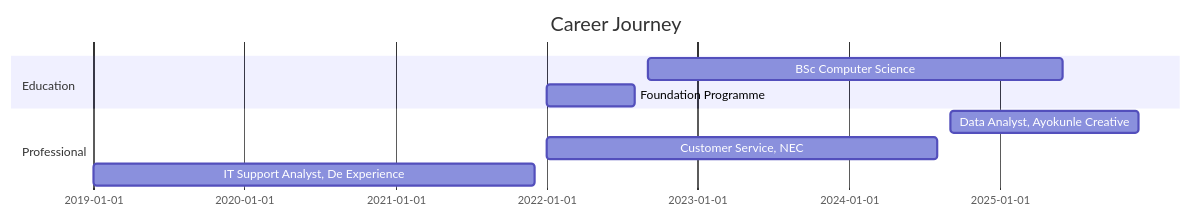
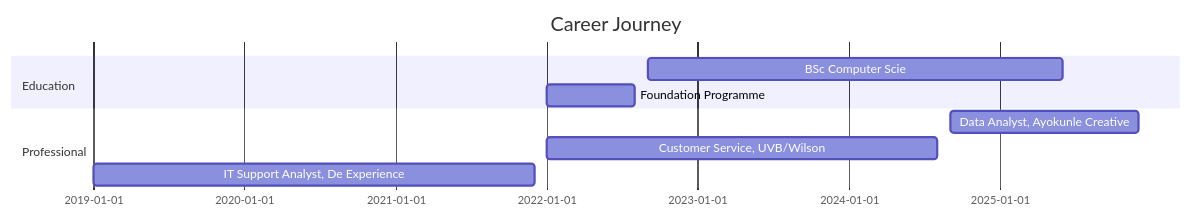
The diagram in README.md (Henry-Amadi/Henry-Amadi), drawn with Mermaid before and after one commit. The commit also changed other lines of this file, not shown here.

````diff
--- a/README.md
+++ b/README.md
@@ -101,12 +101,12 @@
 ```mermaid
 gantt
     title Career Journey
     dateFormat YYYY-MM
     section Education
-    BSc Computer Science :2022-09, 2025-06
+    BSc Computer Scie :2022-09, 2025-06
     Foundation Programme :2022-01, 2022-08
     section Professional
     Data Analyst, Ayokunle Creative :2024-09, 2025-12
-    Customer Service, NEC :2022-01, 2024-08
+    Customer Service, UVB/Wilson :2022-01, 2024-08
     IT Support Analyst, De Experience :2019-01, 2021-12
 ```
````
